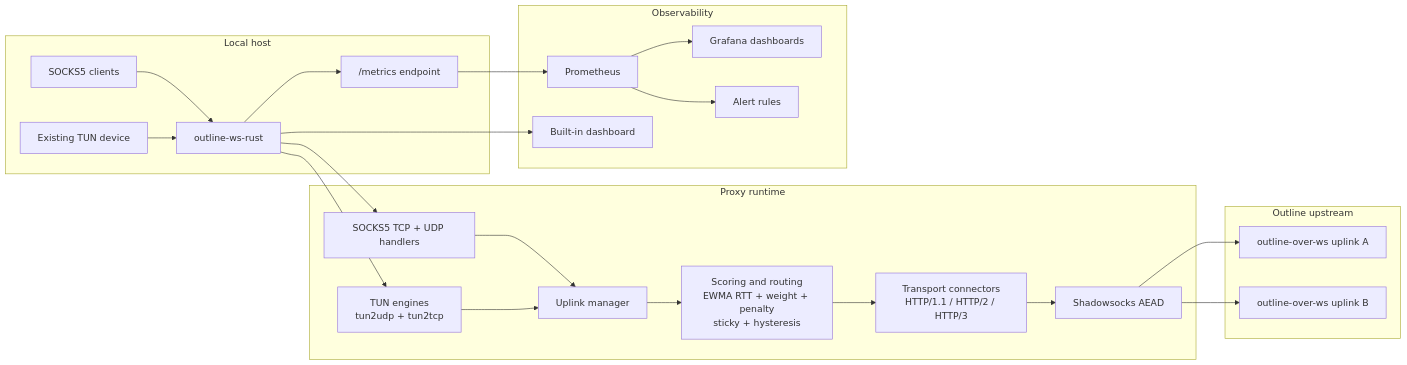
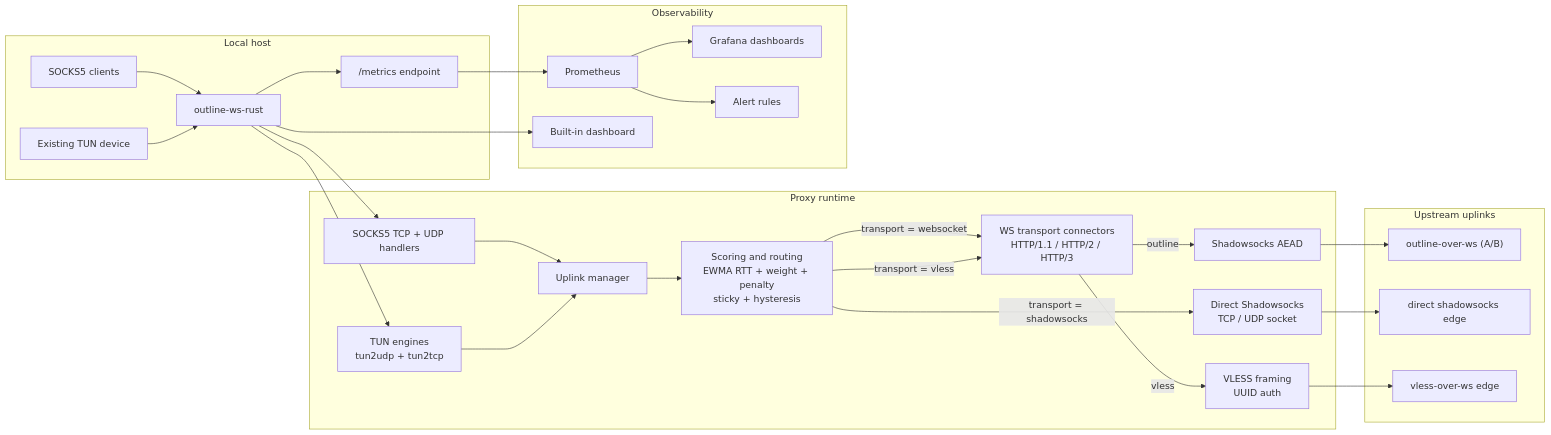
Before and after one commit to balookrd/outline-proxy: the diagram in ws/README.md, drawn with Mermaid. The commit also changed other lines of this file and 1 other file, not shown here.

Commit message:
docs: document VLESS-over-WebSocket support and refresh architecture diagram

````diff
--- a/ws/README.md
+++ b/ws/README.md
@@ -35,53 +37,62 @@
 ```mermaid
 flowchart LR
     subgraph LocalHost["Local host"]
         C["SOCKS5 clients"]
         T["Existing TUN device"]
         P["outline-ws-rust"]
         M["/metrics endpoint"]
         C --> P
         T --> P
         P --> M
     end
 
     subgraph Runtime["Proxy runtime"]
         S["SOCKS5 TCP + UDP handlers"]
         U["Uplink manager"]
         LB["Scoring and routing
 EWMA RTT + weight + penalty
 sticky + hysteresis"]
-        WS["Transport connectors
+        WS["WS transport connectors
 HTTP/1.1 / HTTP/2 / HTTP/3"]
+        DS["Direct Shadowsocks
+TCP / UDP socket"]
         SS["Shadowsocks AEAD"]
+        VL["VLESS framing
+UUID auth"]
         TT["TUN engines
 tun2udp + tun2tcp"]
     end
 
     P --> S
     P --> TT
     S --> U
     TT --> U
     U --> LB
-    LB --> WS
-    WS --> SS
+    LB -->|"transport = websocket"| WS
+    LB -->|"transport = shadowsocks"| DS
+    LB -->|"transport = vless"| WS
+    WS -->|"outline"| SS
+    WS -->|"vless"| VL
 
-    subgraph Upstream["Outline upstream"]
-        O1["outline-over-ws uplink A"]
-        O2["outline-over-ws uplink B"]
+    subgraph Upstream["Upstream uplinks"]
+        O1["outline-over-ws (A/B)"]
+        O3["direct shadowsocks edge"]
+        O4["vless-over-ws edge"]
     end
 
     SS --> O1
-    SS --> O2
+    DS --> O3
+    VL --> O4
 
     subgraph Observability["Observability"]
         PR["Prometheus"]
         DASH["Built-in dashboard"]
         GD["Grafana dashboards"]
         AL["Alert rules"]
     end
 
     M --> PR
     P --> DASH
     PR --> GD
     PR --> AL
 ```
````
